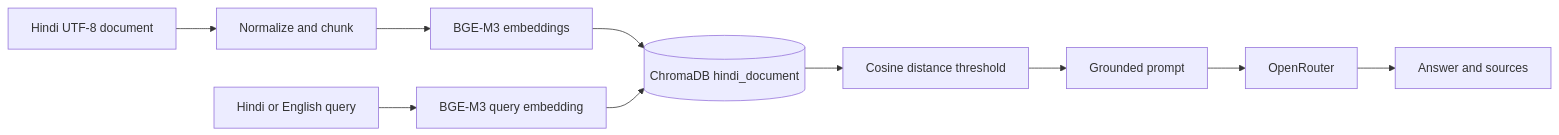
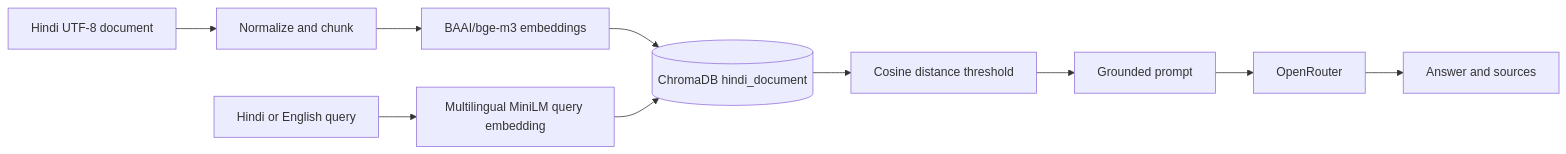
One commit to sai1650/CTO changed the diagram in README.md. Above: the diagram before and after it, drawn with Mermaid. The commit also changed other lines of this file and 8 other files, not shown here.

````diff
--- a/README.md
+++ b/README.md
@@ -13,12 +13,12 @@
 ```mermaid
 flowchart LR
     A[Hindi UTF-8 document] --> B[Normalize and chunk]
-    B --> C[BGE-M3 embeddings]
+    B --> C[BAAI/bge-m3 embeddings]
     C --> D[(ChromaDB hindi_document)]
-    Q[Hindi or English query] --> E[BGE-M3 query embedding]
+    Q[Hindi or English query] --> E[Multilingual MiniLM query embedding]
     E --> D
     D --> F[Cosine distance threshold]
     F --> G[Grounded prompt]
     G --> H[OpenRouter]
     H --> I[Answer and sources]
 ```
````
